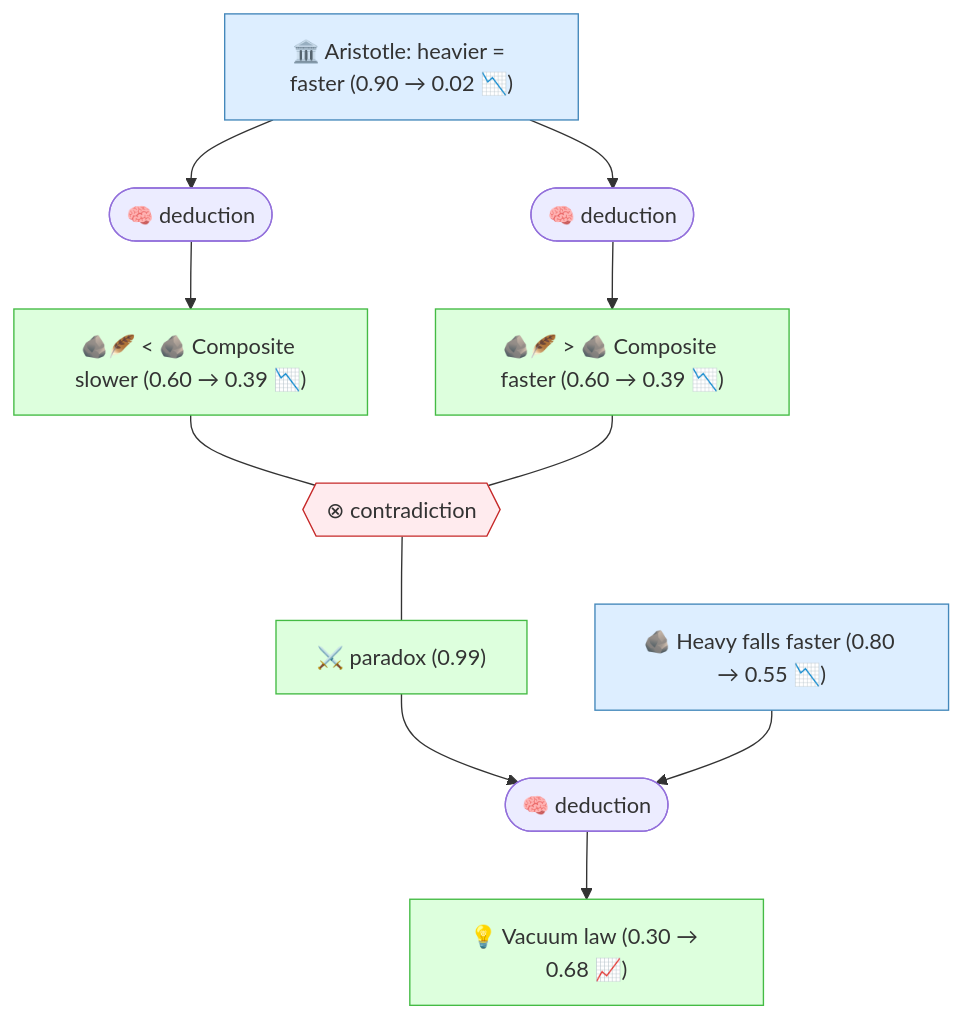
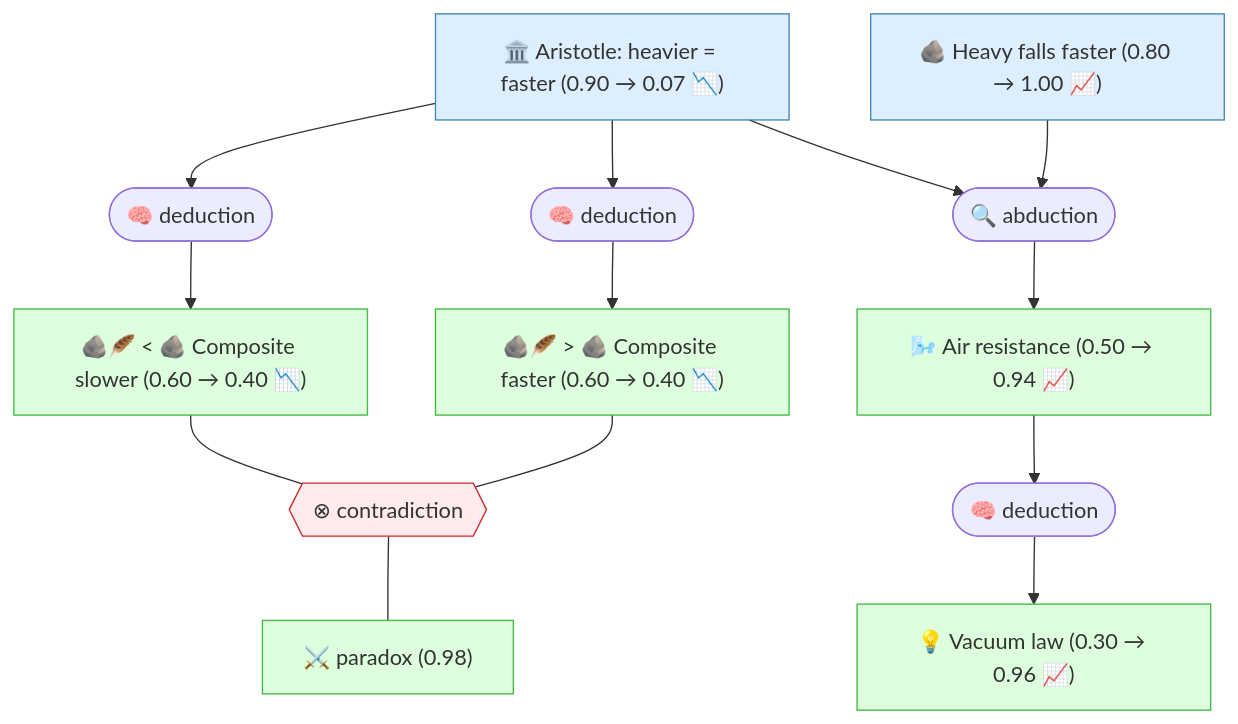
The diagram in README.md (SiliconEinstein/Gaia), drawn with Mermaid before and after one commit. The commit also changed other lines of this file, not shown here.

First line of the commit message:
feat(readme): add abduction to Galileo example + updated BP results

````diff
--- a/README.md
+++ b/README.md
@@ -45,28 +49,32 @@
 ```mermaid
 graph TD
-    aristotle["🏛️ Aristotle: heavier = faster (0.90 → 0.02 📉)"]:::premise
-    heavy_faster["🪨 Heavy falls faster (0.80 → 0.55 📉)"]:::premise
-    composite_slower["🪨🪶 < 🪨 Composite slower (0.60 → 0.39 📉)"]:::derived
-    composite_faster["🪨🪶 > 🪨 Composite faster (0.60 → 0.39 📉)"]:::derived
-    vacuum_law["💡 Vacuum law (0.30 → 0.68 📈)"]:::derived
-    paradox["⚔️ paradox (0.99)"]:::derived
+    aristotle["🏛️ Aristotle: heavier = faster (0.90 → 0.07 📉)"]:::premise
+    heavy_faster["🪨 Heavy falls faster (0.80 → 1.00 📈)"]:::premise
+    composite_slower["🪨🪶 < 🪨 Composite slower (0.60 → 0.40 📉)"]:::derived
+    composite_faster["🪨🪶 > 🪨 Composite faster (0.60 → 0.40 📉)"]:::derived
+    paradox["⚔️ paradox (0.98)"]:::derived
+    air_resistance["🌬️ Air resistance (0.50 → 0.94 📈)"]:::derived
+    vacuum_law["💡 Vacuum law (0.30 → 0.96 📈)"]:::derived
     strat_0(["🧠 deduction"])
     aristotle --> strat_0
     strat_0 --> composite_slower
     strat_1(["🧠 deduction"])
     aristotle --> strat_1
     strat_1 --> composite_faster
-    strat_2(["🧠 deduction"])
-    paradox --> strat_2
+    strat_2(["🔍 abduction"])
     heavy_faster --> strat_2
-    strat_2 --> vacuum_law
+    aristotle --> strat_2
+    strat_2 --> air_resistance
+    strat_3(["🧠 deduction"])
+    air_resistance --> strat_3
+    strat_3 --> vacuum_law
     oper_0{{"⊗ contradiction"}}:::contra
     composite_slower --- oper_0
     composite_faster --- oper_0
     oper_0 --- paradox
 
     classDef setting fill:#f0f0f0,stroke:#999,color:#333
     classDef premise fill:#ddeeff,stroke:#4488bb,color:#333
     classDef derived fill:#ddffdd,stroke:#44bb44,color:#333
     classDef contra fill:#ffebee,stroke:#c62828,color:#333
 ```
````
